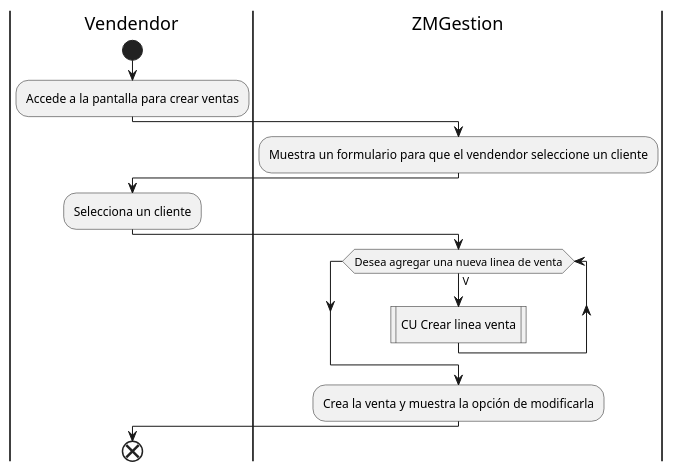
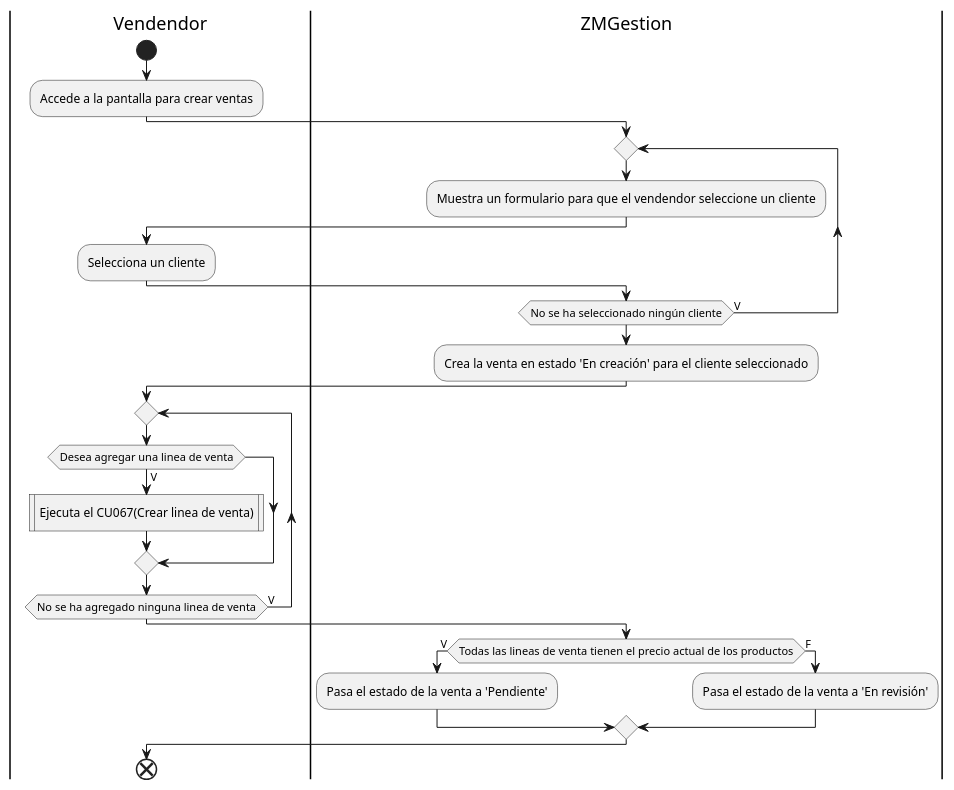
Diagram 13 of 27 in DiagramasActividad/DiagramaDeActividad.puml (ZMGestion/DocumentacionZMGestion), drawn with PlantUML before and after one commit. The commit also changed other lines of this file and 13 other files, not shown here.

Commit message:
Nuevo en DiagramasDeActividad y Cambios en descripciones textual de casos de uso

```diff
--- a/DiagramasActividad/DiagramaDeActividad.puml
+++ b/DiagramasActividad/DiagramaDeActividad.puml
@@ -229,16 +229,28 @@
 @startuml crearVenta
 |Vendendor|
 start
 :Accede a la pantalla para crear ventas;
 |ZMGestion|
+repeat
 :Muestra un formulario para que el vendendor seleccione un cliente;
 |Vendendor|
 :Selecciona un cliente;
 |ZMGestion|
-while(Desea agregar una nueva linea de venta) is (V)
-:CU Crear linea venta|
-end while
-:Crea la venta y muestra la opción de modificarla;
+repeat while(No se ha seleccionado ningún cliente) is (V)
+:Crea la venta en estado 'En creación' para el cliente seleccionado;
+|Vendendor|
+repeat
+if(Desea agregar una linea de venta) then (V)
+:Ejecuta el CU067(Crear linea de venta)|
+else 
+endif
+repeat while(No se ha agregado ninguna linea de venta) is (V)
+|ZMGestion|
+if(Todas las lineas de venta tienen el precio actual de los productos) then (V)
+:Pasa el estado de la venta a 'Pendiente';
+else (F)
+:Pasa el estado de la venta a 'En revisión';
+endif
 |Vendendor|
 end
 @enduml
```
